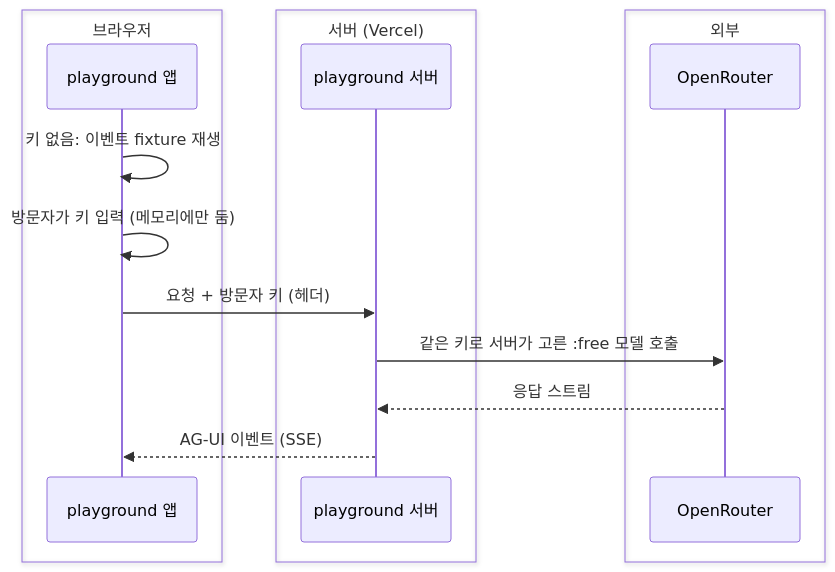
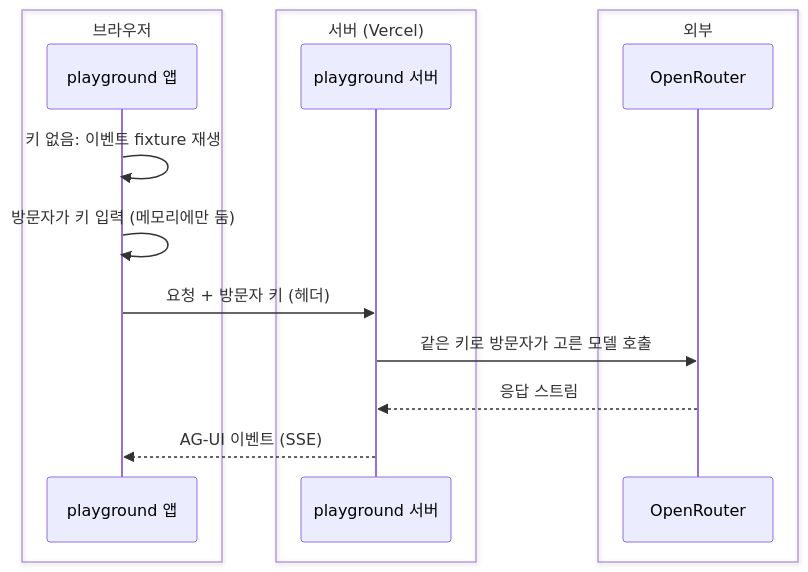
Before and after one commit to dusunax/design: the diagram in docs/decisions/2026-11-22-playground-deploy-key.md, drawn with Mermaid. The commit also changed other lines of this file and 15 other files, not shown here.

````diff
--- a/docs/decisions/2026-11-22-playground-deploy-key.md
+++ b/docs/decisions/2026-11-22-playground-deploy-key.md
@@ -12,19 +12,19 @@
 ```mermaid
 sequenceDiagram
   box 브라우저
     participant app as playground 앱
   end
   box 서버 (Vercel)
     participant server as playground 서버
   end
   box 외부
     participant or as OpenRouter
   end
 
   app->>app: 키 없음: 이벤트 fixture 재생
   app->>app: 방문자가 키 입력 (메모리에만 둠)
   app->>server: 요청 + 방문자 키 (헤더)
-  server->>or: 같은 키로 서버가 고른 :free 모델 호출
+  server->>or: 같은 키로 방문자가 고른 모델 호출
   or-->>server: 응답 스트림
   server-->>app: AG-UI 이벤트 (SSE)
 ```
````
